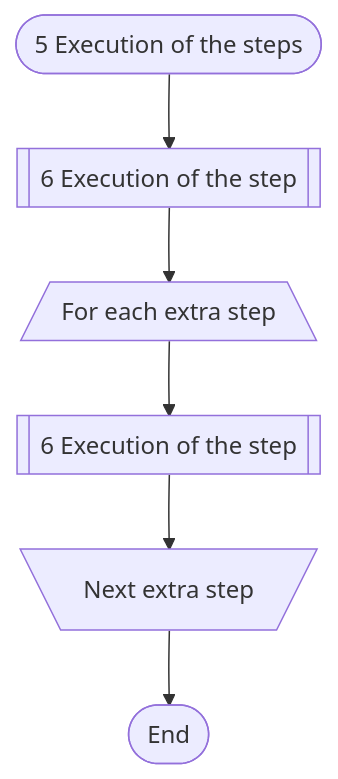
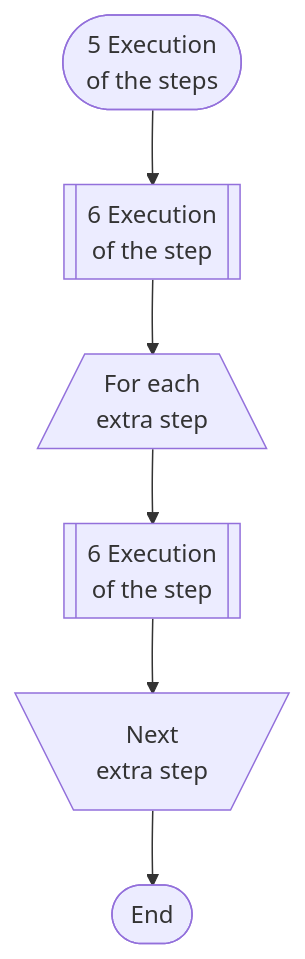
One commit to savushkin-r-d/ptusa_main changed the fifth of 7 diagrams in readme.md. Above: the diagram before and after it, drawn with Mermaid. The commit also changed other lines of this file, not shown here.

Commit message:
Edit diagrams forms.

````diff
--- a/readme.md
+++ b/readme.md
@@ -112,11 +119,11 @@
 ``` mermaid
 
 flowchart TD
 
-    A([5 Execution of the steps]) --> A1[[6 Execution of the step]]
-    A1[[6 Execution of the step]] --> B[/For each extra step\]
-    B[/For each extra step\] --> C[[6 Execution of the step]]
-    C[[6 Execution of the step]] --> D[\Next extra step/]
-    D[\Next extra step/] --> E([End])
+    A([5 Execution <br/> of the steps]) --> A1[[6 Execution of the step]]
+    A1[[6 Execution <br/> of the step]] --> B[/For each extra step\]
+    B[/For each <br/> extra step\] --> C[[6 Execution of the step]]
+    C[[6 Execution <br/> of the step]] --> D[\Next extra step/]
+    D[\Next <br/> extra step/] --> E([End])
 
 ```
````
